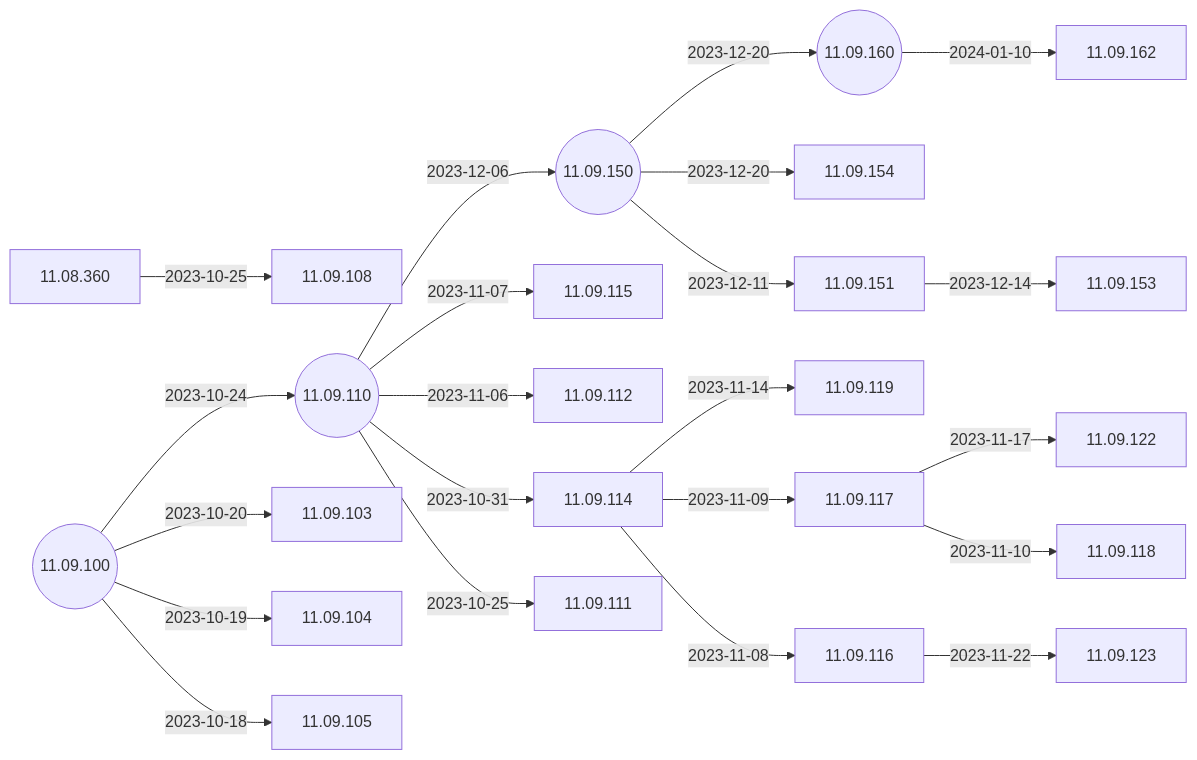
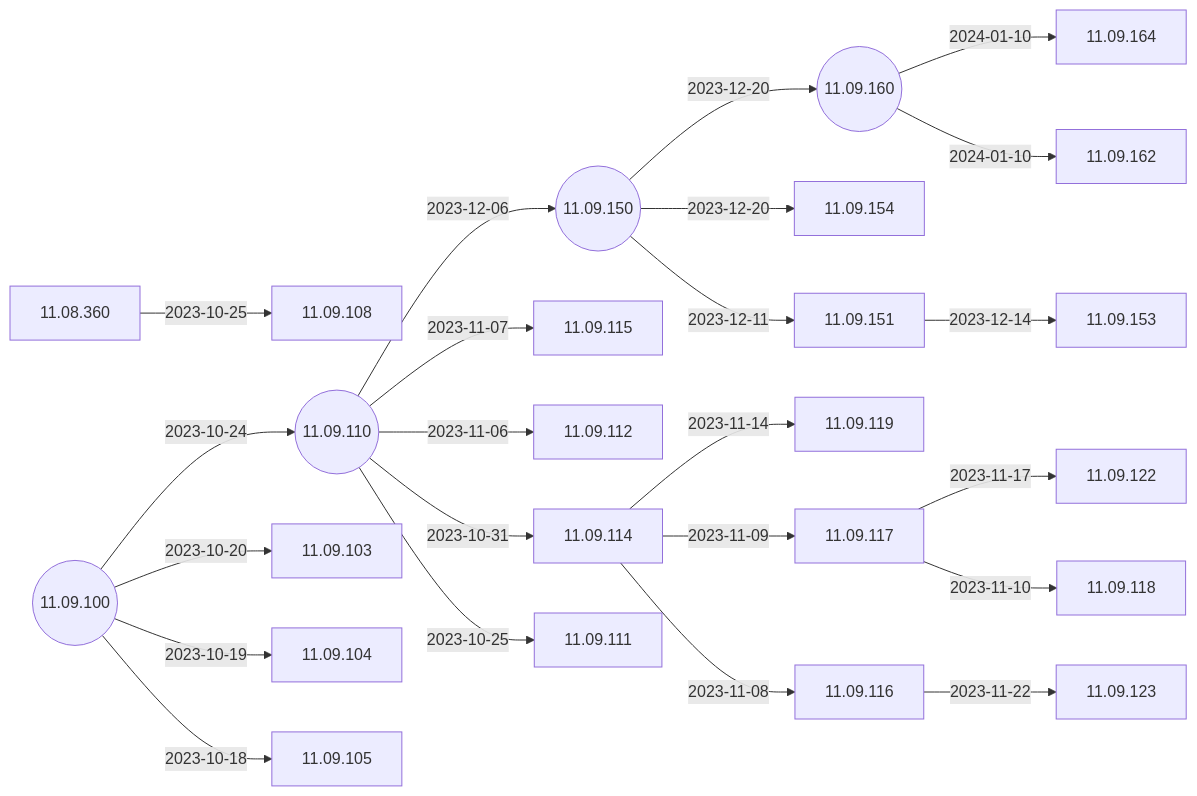
Before and after one commit to IGEL-Community/IGEL-Docs-v02: the second of 5 diagrams in docs/Docs/ReleaseNotes/01-OS11/README.md, drawn with Mermaid. The commit also changed 1 other file, not shown here.

Commit message:
11.09.164 < 11.09.160 (AVD)

````diff
--- a/docs/Docs/ReleaseNotes/01-OS11/README.md
+++ b/docs/Docs/ReleaseNotes/01-OS11/README.md
@@ -41,47 +41,49 @@
 ```mermaid
 flowchart LR
+    11.09.160-- 2024-01-10 -->11.09.164
     11.09.160-- 2024-01-10 -->11.09.162
     11.09.150-- 2023-12-20 -->11.09.160((11.09.160))
     11.09.150-- 2023-12-20 -->11.09.154
     11.09.151-- 2023-12-14 -->11.09.153
     11.09.150-- 2023-12-11 -->11.09.151
     11.09.110-- 2023-12-06 -->11.09.150((11.09.150))
     11.09.116-- 2023-11-22 -->11.09.123
     11.09.117-- 2023-11-17 -->11.09.122
     11.09.114-- 2023-11-14 -->11.09.119
     11.09.117-- 2023-11-10 -->11.09.118
     11.09.114-- 2023-11-09 -->11.09.117
     11.09.114-- 2023-11-08 -->11.09.116
     11.09.110-- 2023-11-07 -->11.09.115
     11.09.110-- 2023-11-06 -->11.09.112
     11.09.110-- 2023-10-31 -->11.09.114
     11.08.360-- 2023-10-25 -->11.09.108
     11.09.110-- 2023-10-25 -->11.09.111
     11.09.100-- 2023-10-24 -->11.09.110((11.09.110))
     11.09.100-- 2023-10-20 -->11.09.103
     11.09.100-- 2023-10-19 -->11.09.104
     11.09.100-- 2023-10-18 -->11.09.105
     11.09.100((11.09.100))
+    click 11.09.164 "https://github.com/IGEL-Community/IGEL-Docs-v02/tree/main/docs/Docs/ReleaseNotes/01-OS11/readme11.09.164.txt" _blank
     click 11.09.162 "https://github.com/IGEL-Community/IGEL-Docs-v02/tree/main/docs/Docs/ReleaseNotes/01-OS11/readme11.09.162.txt" _blank
     click 11.09.160 "https://github.com/IGEL-Community/IGEL-Docs-v02/tree/main/docs/Docs/ReleaseNotes/01-OS11/readme11.09.160.txt" _blank
     click 11.09.154 "https://github.com/IGEL-Community/IGEL-Docs-v02/tree/main/docs/Docs/ReleaseNotes/01-OS11/readme11.09.154.txt" _blank
     click 11.09.153 "https://github.com/IGEL-Community/IGEL-Docs-v02/tree/main/docs/Docs/ReleaseNotes/01-OS11/readme11.09.153.txt" _blank
     click 11.09.151 "https://github.com/IGEL-Community/IGEL-Docs-v02/tree/main/docs/Docs/ReleaseNotes/01-OS11/readme11.09.151.txt" _blank
     click 11.09.150 "https://github.com/IGEL-Community/IGEL-Docs-v02/tree/main/docs/Docs/ReleaseNotes/01-OS11/readme11.09.150.txt" _blank
     click 11.09.123 "https://github.com/IGEL-Community/IGEL-Docs-v02/tree/main/docs/Docs/ReleaseNotes/01-OS11/readme11.09.123.txt" _blank
     click 11.09.122 "https://github.com/IGEL-Community/IGEL-Docs-v02/tree/main/docs/Docs/ReleaseNotes/01-OS11/readme11.09.122.txt" _blank
     click 11.09.119 "https://github.com/IGEL-Community/IGEL-Docs-v02/tree/main/docs/Docs/ReleaseNotes/01-OS11/readme11.09.119.txt" _blank
     click 11.09.118 "https://github.com/IGEL-Community/IGEL-Docs-v02/tree/main/docs/Docs/ReleaseNotes/01-OS11/readme11.09.118.txt" _blank
     click 11.09.117 "https://github.com/IGEL-Community/IGEL-Docs-v02/tree/main/docs/Docs/ReleaseNotes/01-OS11/readme11.09.117.txt" _blank
     click 11.09.116 "https://github.com/IGEL-Community/IGEL-Docs-v02/tree/main/docs/Docs/ReleaseNotes/01-OS11/readme11.09.116.txt" _blank
     click 11.09.115 "https://github.com/IGEL-Community/IGEL-Docs-v02/tree/main/docs/Docs/ReleaseNotes/01-OS11/readme11.09.115.txt" _blank
     click 11.09.112 "https://github.com/IGEL-Community/IGEL-Docs-v02/tree/main/docs/Docs/ReleaseNotes/01-OS11/readme11.09.112.txt" _blank
     click 11.09.114 "https://github.com/IGEL-Community/IGEL-Docs-v02/tree/main/docs/Docs/ReleaseNotes/01-OS11/readme11.09.114.txt" _blank
     click 11.09.108 "https://github.com/IGEL-Community/IGEL-Docs-v02/tree/main/docs/Docs/ReleaseNotes/01-OS11/readme11.09.108.txt" _blank
     click 11.09.111 "https://github.com/IGEL-Community/IGEL-Docs-v02/tree/main/docs/Docs/ReleaseNotes/01-OS11/readme11.09.111.txt" _blank
     click 11.09.110 "https://github.com/IGEL-Community/IGEL-Docs-v02/tree/main/docs/Docs/ReleaseNotes/01-OS11/readme11.09.110.txt" _blank
     click 11.09.103 "https://github.com/IGEL-Community/IGEL-Docs-v02/tree/main/docs/Docs/ReleaseNotes/01-OS11/readme11.09.103.txt" _blank
     click 11.09.104 "https://github.com/IGEL-Community/IGEL-Docs-v02/tree/main/docs/Docs/ReleaseNotes/01-OS11/readme11.09.104.txt" _blank
     click 11.09.105 "https://github.com/IGEL-Community/IGEL-Docs-v02/tree/main/docs/Docs/ReleaseNotes/01-OS11/readme11.09.105.txt" _blank
     click 11.09.100 "https://github.com/IGEL-Community/IGEL-Docs-v02/tree/main/docs/Docs/ReleaseNotes/01-OS11/readme11.09.100.txt" _blank
 ```
````
